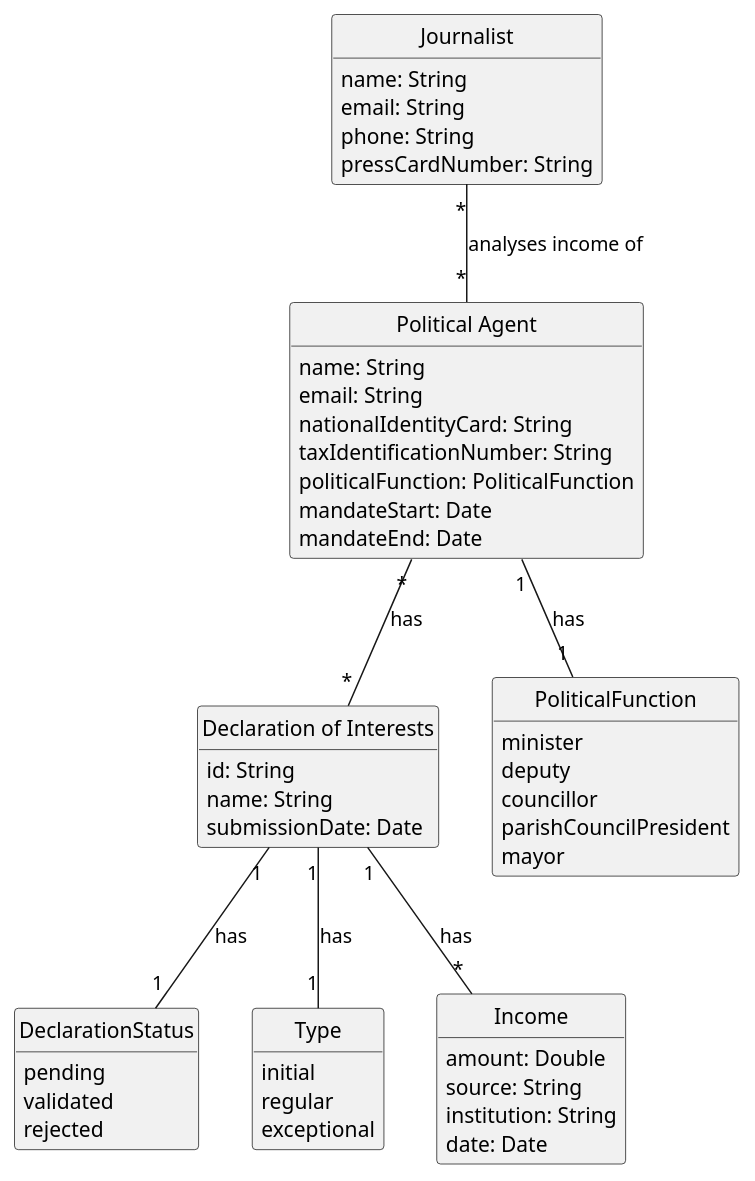
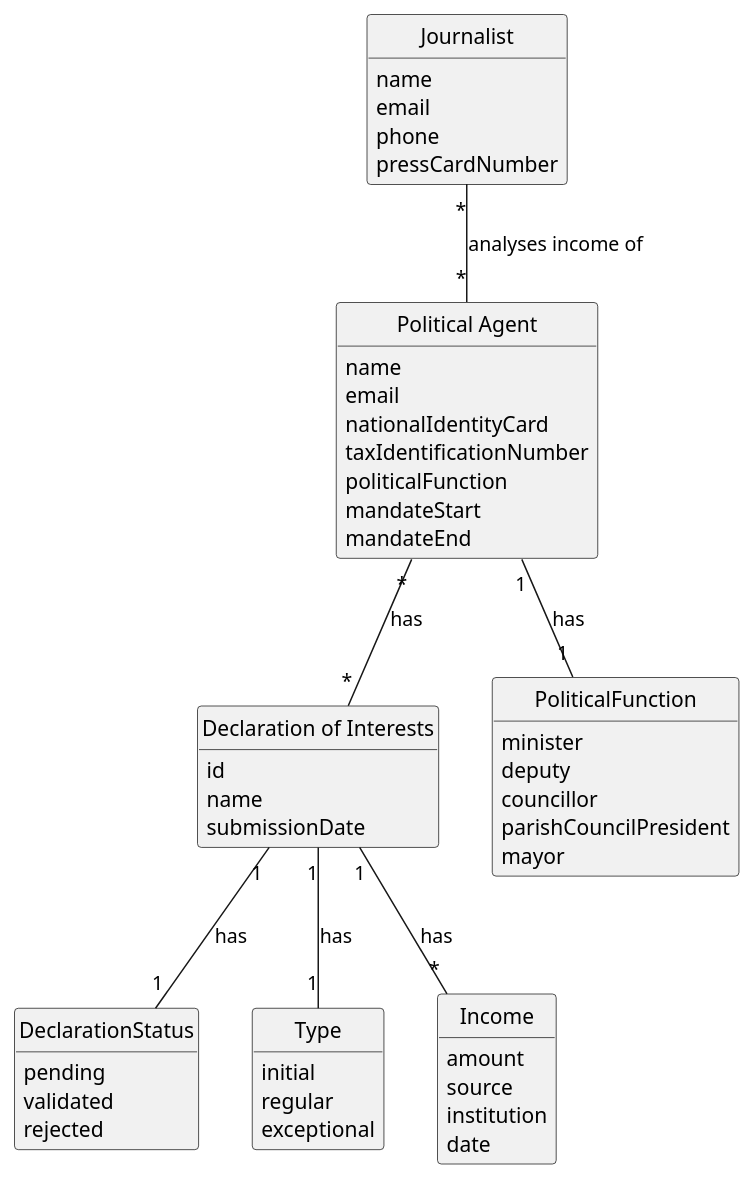
The diagram in docs/system-documentation/US10/02.analysis/puml/US10-DM.puml (brunodspinto/crystal-clear-platform), drawn with PlantUML before and after one commit. The commit also changed 26 other files, not shown here.

```diff
--- a/docs/system-documentation/US10/02.analysis/puml/US10-DM.puml
+++ b/docs/system-documentation/US10/02.analysis/puml/US10-DM.puml
@@ -1,70 +1,70 @@
 @startuml US10-DM
 skinparam monochrome true
 skinparam packageStyle rectangle
 skinparam shadowing false
 skinparam classAttributeIconSize 0
 
 hide circle
 hide methods
 
 class Journalist {
-    name: String
-    email: String
-    phone: String
-    pressCardNumber: String
+    name
+    email
+    phone
+    pressCardNumber
 }
 
 class "Political Agent" as PoliticalAgent {
-    name: String
-    email: String
-    nationalIdentityCard: String
-    taxIdentificationNumber: String
-    politicalFunction: PoliticalFunction
-    mandateStart: Date
-    mandateEnd: Date
+    name
+    email
+    nationalIdentityCard
+    taxIdentificationNumber
+    politicalFunction
+    mandateStart
+    mandateEnd
 }
 
 class "Declaration of Interests" as Declaration {
-    id: String
-    name: String
-    submissionDate: Date
+    id
+    name
+    submissionDate
 }
 
 enum DeclarationStatus {
     pending
     validated
     rejected
 }
 
 enum Type {
     initial
     regular
     exceptional
 }
 
 enum PoliticalFunction {
     minister
     deputy
     councillor
     parishCouncilPresident
     mayor
 }
 
 class Income {
-    amount: Double
-    source: String
-    institution: String
-    date: Date
+    amount
+    source
+    institution
+    date
 }
 
 Journalist "*" -- "*" PoliticalAgent : analyses income of
 
 PoliticalAgent "*" -- "*" Declaration : has
 
 PoliticalAgent "1" -- "1" PoliticalFunction : has
 
 Declaration "1" -- "1" Type : has
 Declaration "1" -- "1" DeclarationStatus : has
 Declaration "1" -- "*" Income : has
 
 @enduml
```
